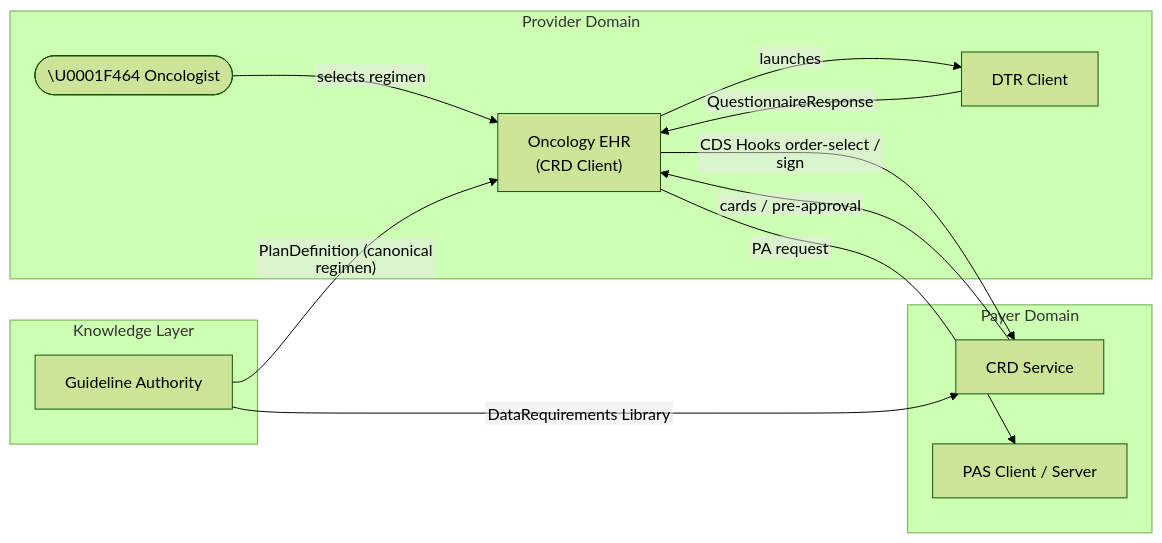
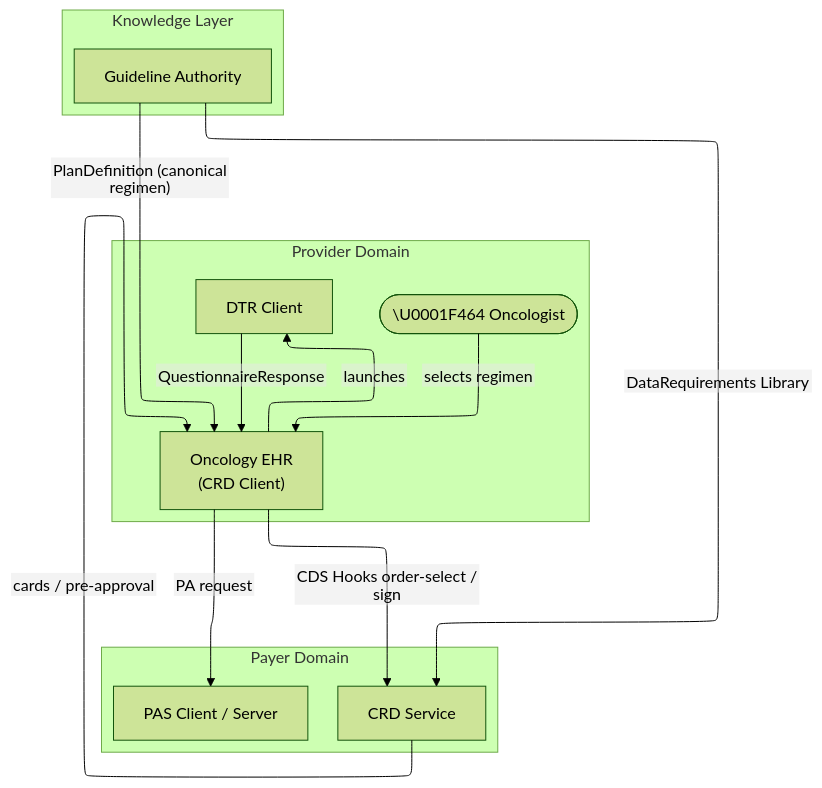
Before and after one commit to reason-healthcare/hl7-codex-ocpa: the first of 2 diagrams in input/pagecontent/use-cases.md, drawn with Mermaid (forest theme). The commit also changed 1 other file, not shown here.

Commit message:
feat: use elk layout and TD direction for all flowchart diagrams
- Add layout: elk to all flowchart %%{init}%% directives (better
  automatic layout than default dagre, especially for subgraphs)
- Switch flowchart LR -> TD (top-down preferred per skill guidance)
- Replace \U0001F464 escape with literal 👤 emoji in diagram source

Affected IG pages:
  input/pagecontent/index.md
  input/pagecontent/use-cases.md

````diff
--- a/input/pagecontent/use-cases.md
+++ b/input/pagecontent/use-cases.md
@@ -14,27 +14,27 @@
 ```mermaid
-%%{init: {'flowchart': {'htmlLabels': false}}}%%
-flowchart LR
+%%{init: {'layout': 'elk', 'flowchart': {'htmlLabels': false}}}%%
+flowchart TD
   subgraph Provider ["Provider Domain"]
     Clinician(["\U0001F464 Oncologist"])
     EHR["Oncology EHR\n(CRD Client)"]
     DTR["DTR Client"]
   end
 
   subgraph Payer ["Payer Domain"]
     CRD["CRD Service"]
     PAS["PAS Client / Server"]
   end
 
   subgraph Knowledge ["Knowledge Layer"]
     GA["Guideline Authority"]
   end
 
   Clinician -- "selects regimen" --> EHR
   EHR -- "CDS Hooks order-select / sign" --> CRD
   CRD -- "cards / pre-approval" --> EHR
   EHR -- "launches" --> DTR
   DTR -- "QuestionnaireResponse" --> EHR
   EHR -- "PA request" --> PAS
   GA -- "PlanDefinition (canonical regimen)" --> EHR
   GA -- "DataRequirements Library" --> CRD
 ```
````
